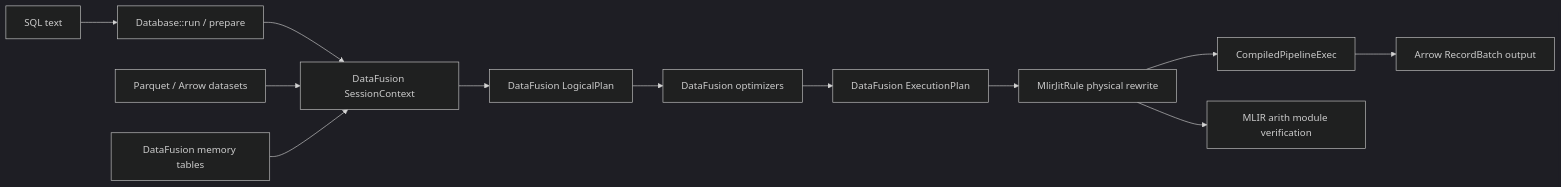
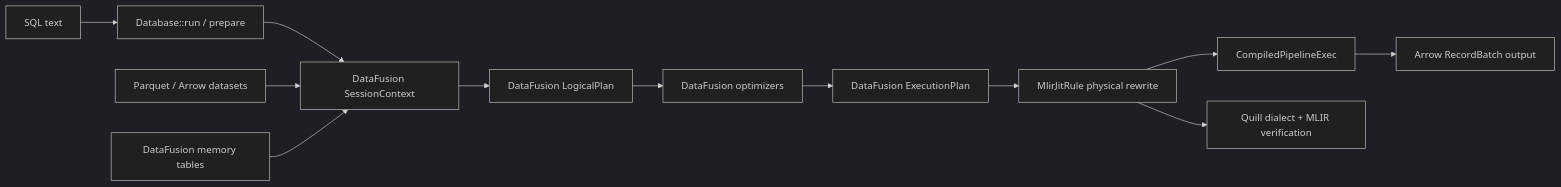
Before and after one commit to feichai0017/QuillSQL: the diagram in docs/src/architecture.md, drawn with Mermaid (dark theme). The commit also changed other lines of this file and 39 other files, not shown here.

Commit message:
refactor(jit): formalize pipeline graph and mlir dialect

````diff
--- a/docs/src/architecture.md
+++ b/docs/src/architecture.md
@@ -10,15 +10,15 @@
 ```mermaid
 flowchart LR
     SQL["SQL text"] --> DB["Database::run / prepare"]
     DB --> DF["DataFusion SessionContext"]
     DF --> Logical["DataFusion LogicalPlan"]
     Logical --> Optimized["DataFusion optimizers"]
     Optimized --> Physical["DataFusion ExecutionPlan"]
     Physical --> JITRule["MlirJitRule physical rewrite"]
     JITRule --> CompiledExec["CompiledPipelineExec"]
     CompiledExec --> Arrow["Arrow RecordBatch output"]
 
     Parquet["Parquet / Arrow datasets"] --> DF
     Memory["DataFusion memory tables"] --> DF
-    JITRule --> MLIR["MLIR arith module verification"]
+    JITRule --> MLIR["Quill dialect + MLIR verification"]
 ```
````
